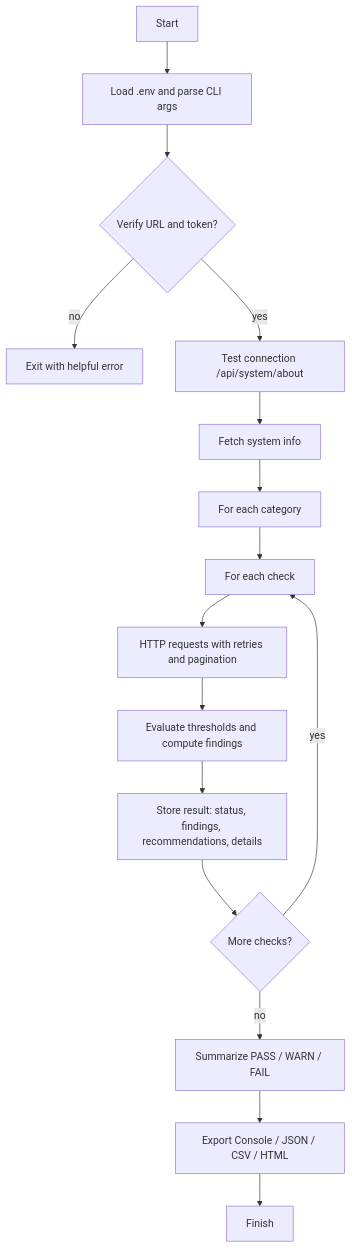
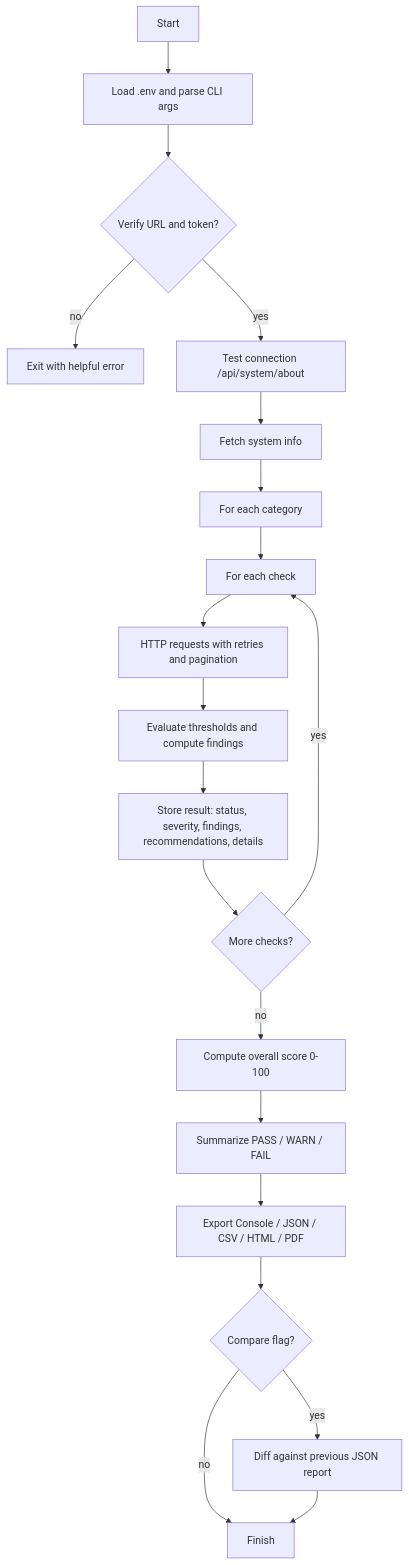
One commit to Masriyan/Qradar-SIEM-Auditor changed the first of 3 diagrams in README.md. Above: the diagram before and after it, drawn with Mermaid. The commit also changed other lines of this file and 10 other files, not shown here.

````diff
--- a/README.md
+++ b/README.md
@@ -73,18 +87,22 @@
 ```mermaid
 flowchart TD
     A[Start] --> B[Load .env and parse CLI args]
     B --> C{Verify URL and token?}
     C -- no --> X[Exit with helpful error]
     C -- yes --> D[Test connection /api/system/about]
     D --> E[Fetch system info]
     E --> F[For each category]
     F --> G[For each check]
     G --> H[HTTP requests with retries and pagination]
     H --> I[Evaluate thresholds and compute findings]
-    I --> J[Store result: status, findings, recommendations, details]
+    I --> J[Store result: status, severity, findings, recommendations, details]
     J --> K{More checks?}
     K -- yes --> G
-    K -- no --> L[Summarize PASS / WARN / FAIL]
-    L --> M[Export Console / JSON / CSV / HTML]
-    M --> N[Finish]
+    K -- no --> L[Compute overall score 0-100]
+    L --> M[Summarize PASS / WARN / FAIL]
+    M --> N[Export Console / JSON / CSV / HTML / PDF]
+    N --> O{Compare flag?}
+    O -- yes --> P[Diff against previous JSON report]
+    O -- no --> Q[Finish]
+    P --> Q
 ```
````
